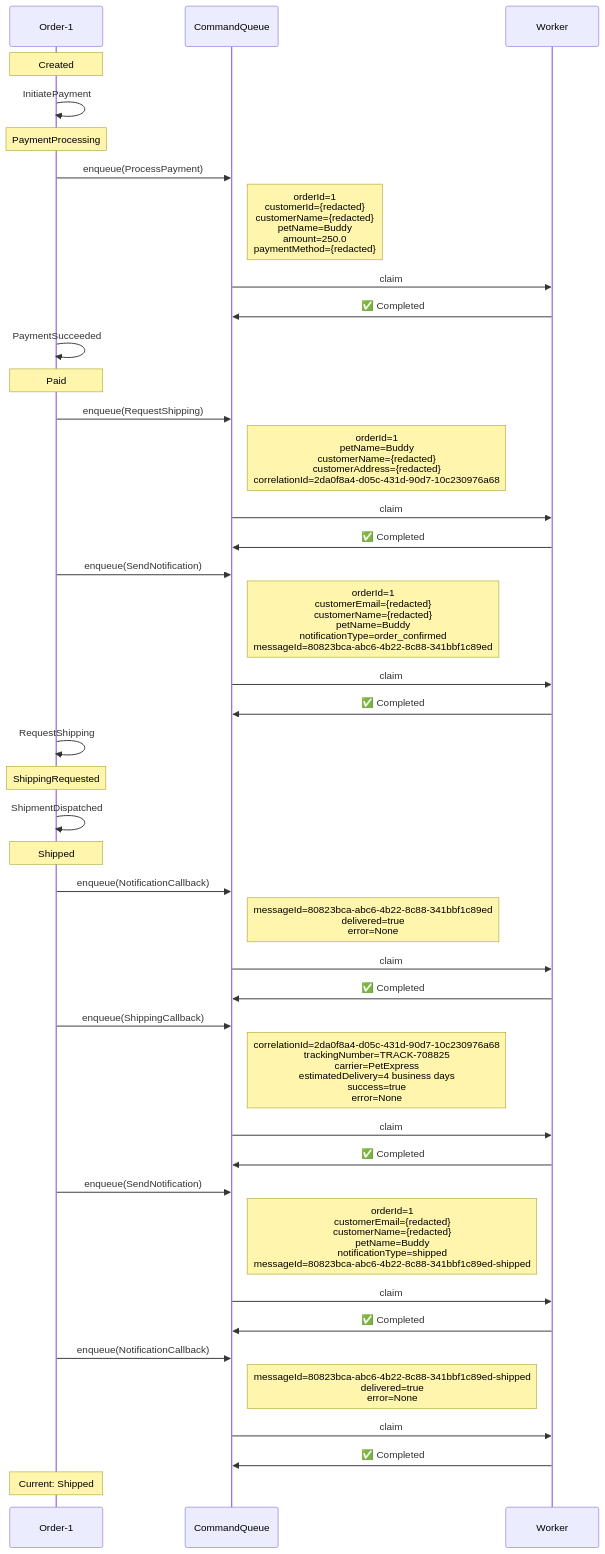
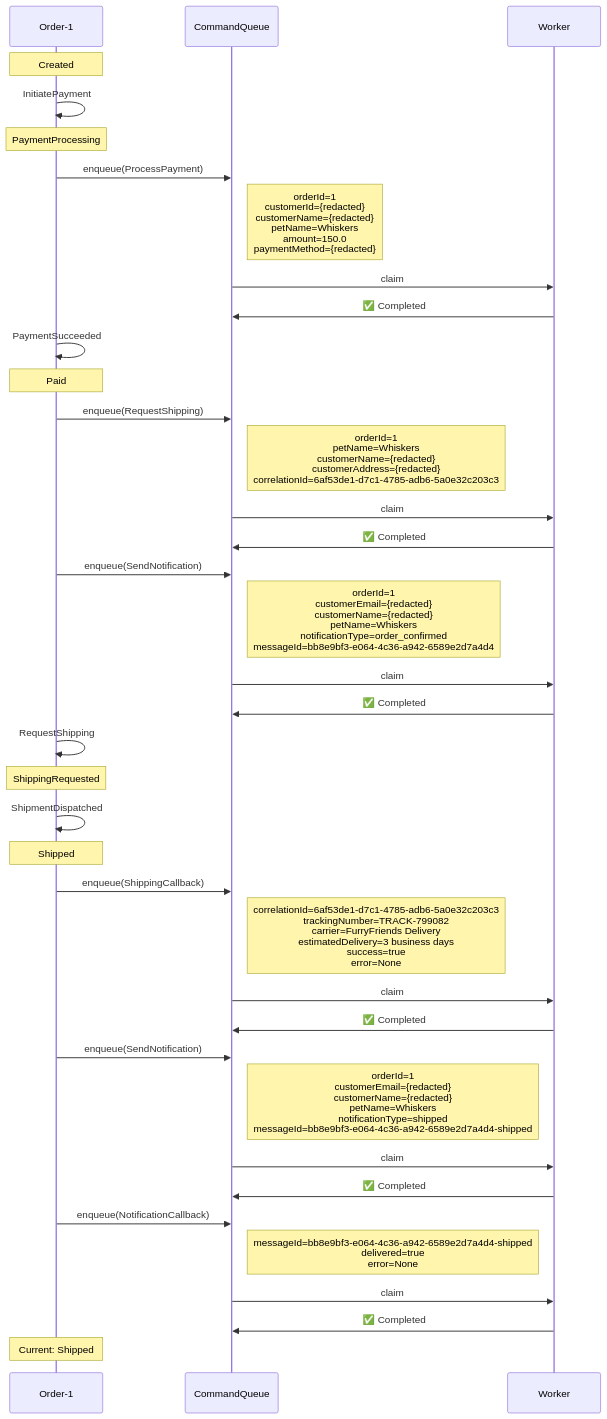
The first of 3 diagrams in docs/visualizations/order-1-trace.md (Iterable/mechanoid), drawn with Mermaid before and after one commit. The commit also changed other lines of this file and 16 other files, not shown here.

````diff
--- a/docs/visualizations/order-1-trace.md
+++ b/docs/visualizations/order-1-trace.md
@@ -11,46 +11,42 @@
 ```mermaid
 %%{init: {'themeCSS': '.noteText { text-align: left !important; }'}}%%
 sequenceDiagram
     participant FSM as Order-1
     participant CQ as CommandQueue
     participant W as Worker
 
     Note over FSM: Created
     FSM->>FSM: InitiatePayment
     Note over FSM: PaymentProcessing
     FSM->>CQ: enqueue(ProcessPayment)
-    Note right of CQ: orderId=1<br/>customerId={redacted}<br/>customerName={redacted}<br/>petName=Buddy<br/>amount=250.0<br/>paymentMethod={redacted}
+    Note right of CQ: orderId=1<br/>customerId={redacted}<br/>customerName={redacted}<br/>petName=Whiskers<br/>amount=150.0<br/>paymentMethod={redacted}
     CQ->>W: claim
     W->>CQ: ✅ Completed
     FSM->>FSM: PaymentSucceeded
     Note over FSM: Paid
     FSM->>CQ: enqueue(RequestShipping)
-    Note right of CQ: orderId=1<br/>petName=Buddy<br/>customerName={redacted}<br/>customerAddress={redacted}<br/>correlationId=2da0f8a4-d05c-431d-90d7-10c230976a68
+    Note right of CQ: orderId=1<br/>petName=Whiskers<br/>customerName={redacted}<br/>customerAddress={redacted}<br/>correlationId=6af53de1-d7c1-4785-adb6-5a0e32c203c3
     CQ->>W: claim
     W->>CQ: ✅ Completed
     FSM->>CQ: enqueue(SendNotification)
-    Note right of CQ: orderId=1<br/>customerEmail={redacted}<br/>customerName={redacted}<br/>petName=Buddy<br/>notificationType=order_confirmed<br/>messageId=80823bca-abc6-4b22-8c88-341bbf1c89ed
+    Note right of CQ: orderId=1<br/>customerEmail={redacted}<br/>customerName={redacted}<br/>petName=Whiskers<br/>notificationType=order_confirmed<br/>messageId=bb8e9bf3-e064-4c36-a942-6589e2d7a4d4
     CQ->>W: claim
     W->>CQ: ✅ Completed
     FSM->>FSM: RequestShipping
     Note over FSM: ShippingRequested
     FSM->>FSM: ShipmentDispatched
     Note over FSM: Shipped
-    FSM->>CQ: enqueue(NotificationCallback)
-    Note right of CQ: messageId=80823bca-abc6-4b22-8c88-341bbf1c89ed<br/>delivered=true<br/>error=None
-    CQ->>W: claim
-    W->>CQ: ✅ Completed
     FSM->>CQ: enqueue(ShippingCallback)
-    Note right of CQ: correlationId=2da0f8a4-d05c-431d-90d7-10c230976a68<br/>trackingNumber=TRACK-708825<br/>carrier=PetExpress<br/>estimatedDelivery=4 business days<br/>success=true<br/>error=None
+    Note right of CQ: correlationId=6af53de1-d7c1-4785-adb6-5a0e32c203c3<br/>trackingNumber=TRACK-799082<br/>carrier=FurryFriends Delivery<br/>estimatedDelivery=3 business days<br/>success=true<br/>error=None
     CQ->>W: claim
     W->>CQ: ✅ Completed
     FSM->>CQ: enqueue(SendNotification)
-    Note right of CQ: orderId=1<br/>customerEmail={redacted}<br/>customerName={redacted}<br/>petName=Buddy<br/>notificationType=shipped<br/>messageId=80823bca-abc6-4b22-8c88-341bbf1c89ed-shipped
+    Note right of CQ: orderId=1<br/>customerEmail={redacted}<br/>customerName={redacted}<br/>petName=Whiskers<br/>notificationType=shipped<br/>messageId=bb8e9bf3-e064-4c36-a942-6589e2d7a4d4-shipped
     CQ->>W: claim
     W->>CQ: ✅ Completed
     FSM->>CQ: enqueue(NotificationCallback)
-    Note right of CQ: messageId=80823bca-abc6-4b22-8c88-341bbf1c89ed-shipped<br/>delivered=true<br/>error=None
+    Note right of CQ: messageId=bb8e9bf3-e064-4c36-a942-6589e2d7a4d4-shipped<br/>delivered=true<br/>error=None
     CQ->>W: claim
     W->>CQ: ✅ Completed
     Note over FSM: Current: Shipped
 ```
````
